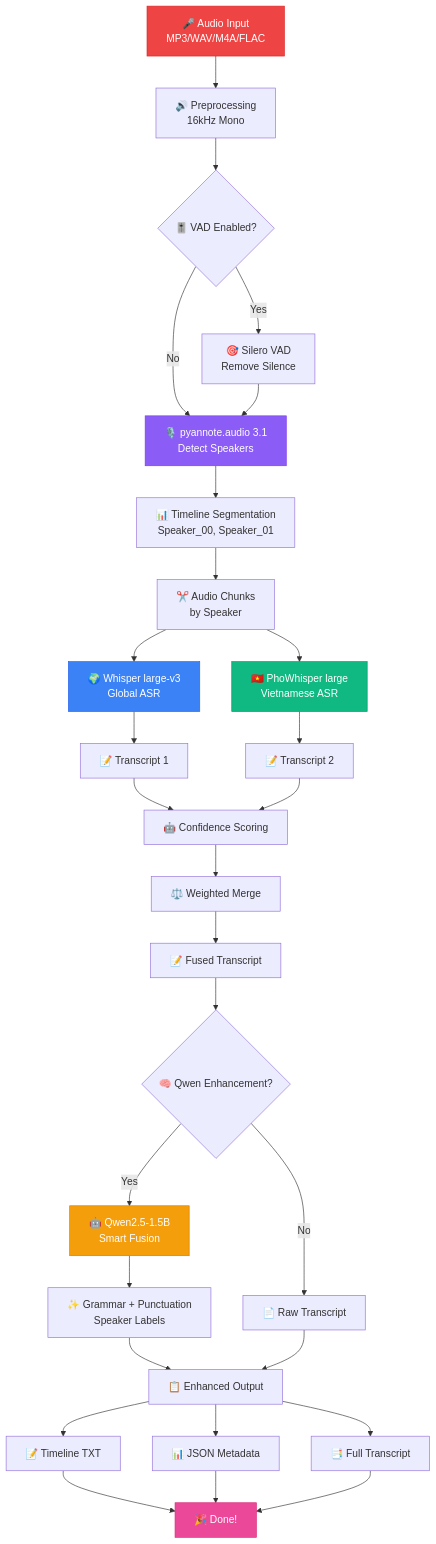
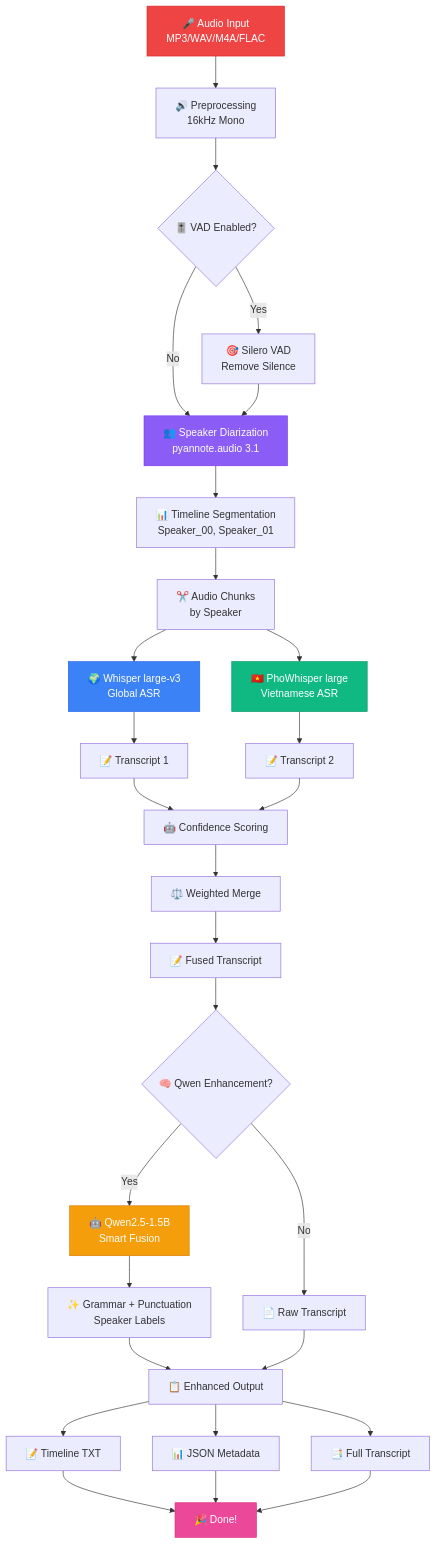
One commit to SkastVnT/AI-Assistant changed the seventh of 19 diagrams in README.md. Above: the diagram before and after it, drawn with Mermaid.

Commit message:
fix: Correct mermaid diagram syntax in Speech2Text pipeline
- Fixed duplicate node definition in Speech2Text Dual-Model Pipeline
- Merged pyannote.audio 3.1 into single node E
- Now renders correctly on GitHub

````diff
--- a/README.md
+++ b/README.md
@@ -609,43 +609,43 @@
 ```mermaid
 graph TB
     A[🎤 Audio Input<br/>MP3/WAV/M4A/FLAC] --> B[🔊 Preprocessing<br/>16kHz Mono]
     B --> C{🎚️ VAD Enabled?}
     C -->|Yes| D[🎯 Silero VAD<br/>Remove Silence]
-    C -->|No| E[👥 Speaker Diarization]
+    C -->|No| E[👥 Speaker Diarization<br/>pyannote.audio 3.1]
     D --> E
     
-    E[🎙️ pyannote.audio 3.1<br/>Detect Speakers] --> F[📊 Timeline Segmentation<br/>Speaker_00, Speaker_01]
+    E --> F[📊 Timeline Segmentation<br/>Speaker_00, Speaker_01]
     F --> G[✂️ Audio Chunks<br/>by Speaker]
     
     G --> H1[🌍 Whisper large-v3<br/>Global ASR]
     G --> H2[🇻🇳 PhoWhisper large<br/>Vietnamese ASR]
     H1 --> I1[📝 Transcript 1]
     H2 --> I2[📝 Transcript 2]
     
     I1 --> J[🤖 Confidence Scoring]
     I2 --> J
     J --> K[⚖️ Weighted Merge]
     K --> L[📝 Fused Transcript]
     
     L --> M{🧠 Qwen Enhancement?}
     M -->|Yes| N[🤖 Qwen2.5-1.5B<br/>Smart Fusion]
     M -->|No| O[📄 Raw Transcript]
     N --> P[✨ Grammar + Punctuation<br/>Speaker Labels]
     P --> Q[📋 Enhanced Output]
     O --> Q
     
     Q --> R1[📝 Timeline TXT]
     Q --> R2[📊 JSON Metadata]
     Q --> R3[📑 Full Transcript]
     
     R1 --> S[🎉 Done!]
     R2 --> S
     R3 --> S
     
     style A fill:#EF4444,stroke:#DC2626,color:#fff
     style E fill:#8B5CF6,stroke:#7C3AED,color:#fff
     style H1 fill:#3B82F6,stroke:#2563EB,color:#fff
     style H2 fill:#10B981,stroke:#059669,color:#fff
     style N fill:#F59E0B,stroke:#D97706,color:#fff
     style S fill:#EC4899,stroke:#DB2777,color:#fff
 ```
````
